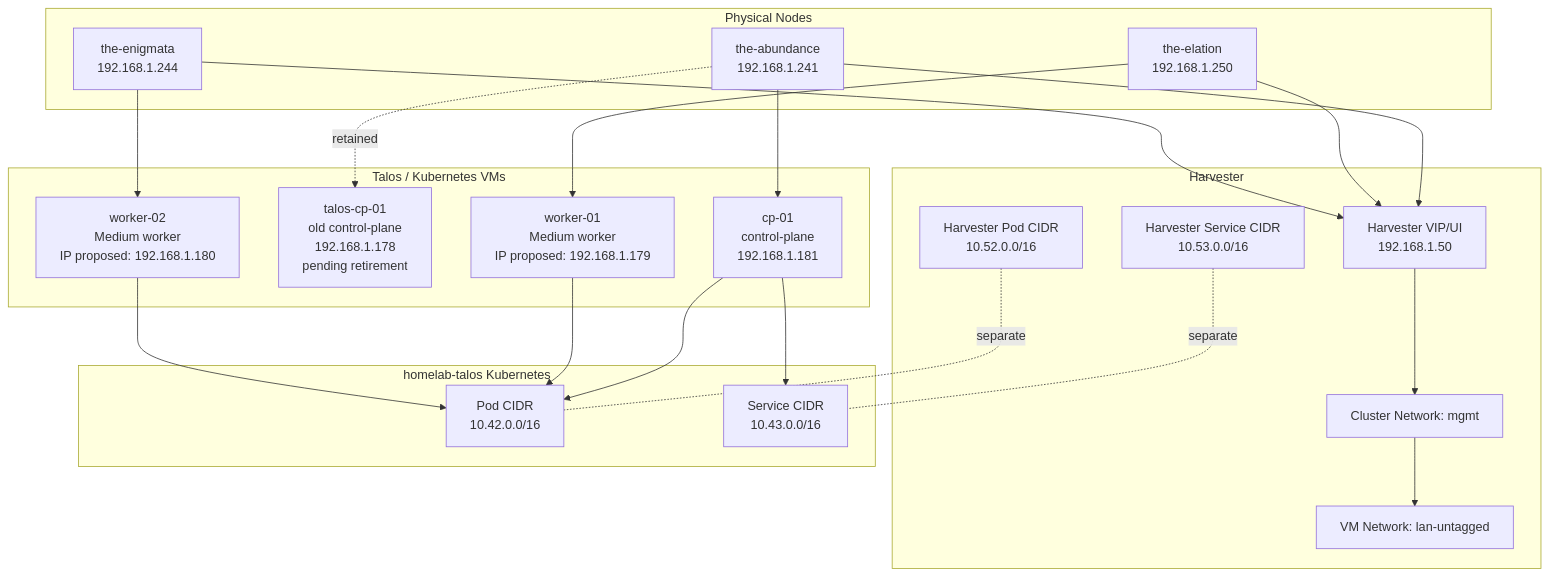
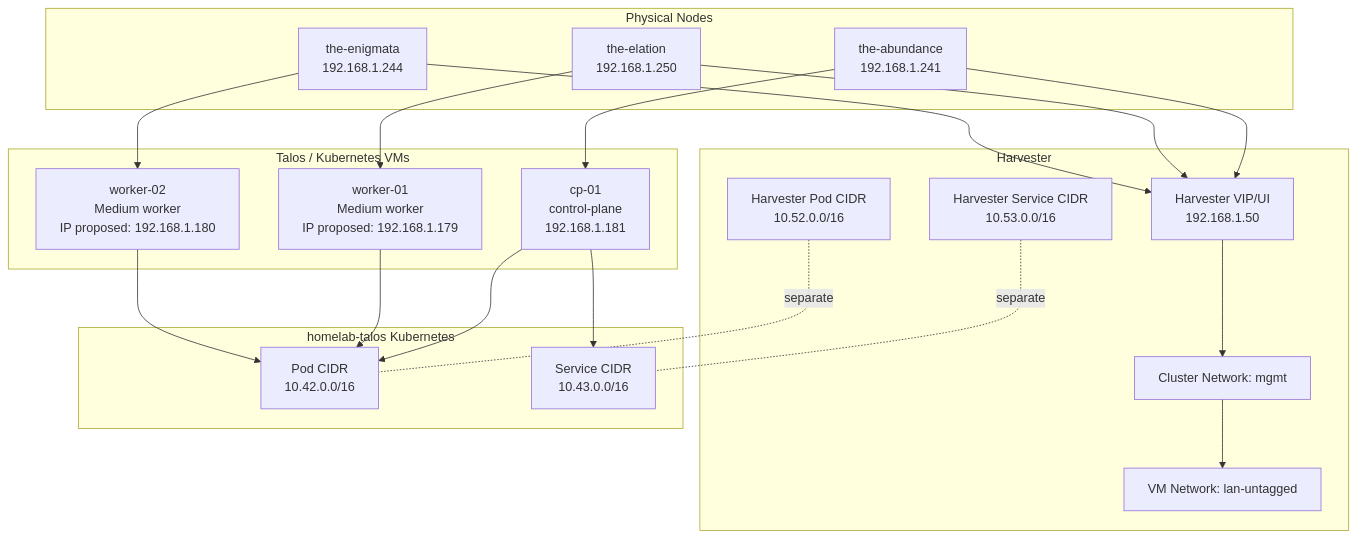
Before and after one commit to yanglianglu/homelab-platform: the second of 2 diagrams in docs/network-map.md, drawn with Mermaid. The commit also changed other lines of this file and 24 other files, not shown here.

````diff
--- a/docs/network-map.md
+++ b/docs/network-map.md
@@ -31,44 +31,42 @@
 ```mermaid
 flowchart TB
   subgraph physical["Physical Nodes"]
     abundance["the-abundance<br/>192.168.1.241"]
     elation["the-elation<br/>192.168.1.250"]
     enigmata["the-enigmata<br/>192.168.1.244"]
   end
 
   subgraph harvester["Harvester"]
     vip["Harvester VIP/UI<br/>192.168.1.50"]
     mgmt["Cluster Network: mgmt"]
     vmnet["VM Network: lan-untagged"]
     hpods["Harvester Pod CIDR<br/>10.52.0.0/16"]
     hsvcs["Harvester Service CIDR<br/>10.53.0.0/16"]
   end
 
   subgraph talos["Talos / Kubernetes VMs"]
     cp["cp-01<br/>control-plane<br/>192.168.1.181"]
-    oldcp["talos-cp-01<br/>old control-plane<br/>192.168.1.178<br/>pending retirement"]
     w1["worker-01<br/>Medium worker<br/>IP proposed: 192.168.1.179"]
     w2["worker-02<br/>Medium worker<br/>IP proposed: 192.168.1.180"]
   end
 
   subgraph k8s["homelab-talos Kubernetes"]
     pods["Pod CIDR<br/>10.42.0.0/16"]
     svcs["Service CIDR<br/>10.43.0.0/16"]
   end
 
   abundance --> vip
   elation --> vip
   enigmata --> vip
   vip --> mgmt
   mgmt --> vmnet
   abundance --> cp
-  abundance -. retained .-> oldcp
   elation --> w1
   enigmata --> w2
   cp --> pods
   cp --> svcs
   w1 --> pods
   w2 --> pods
   hpods -. separate .- pods
   hsvcs -. separate .- svcs
 ```
````
